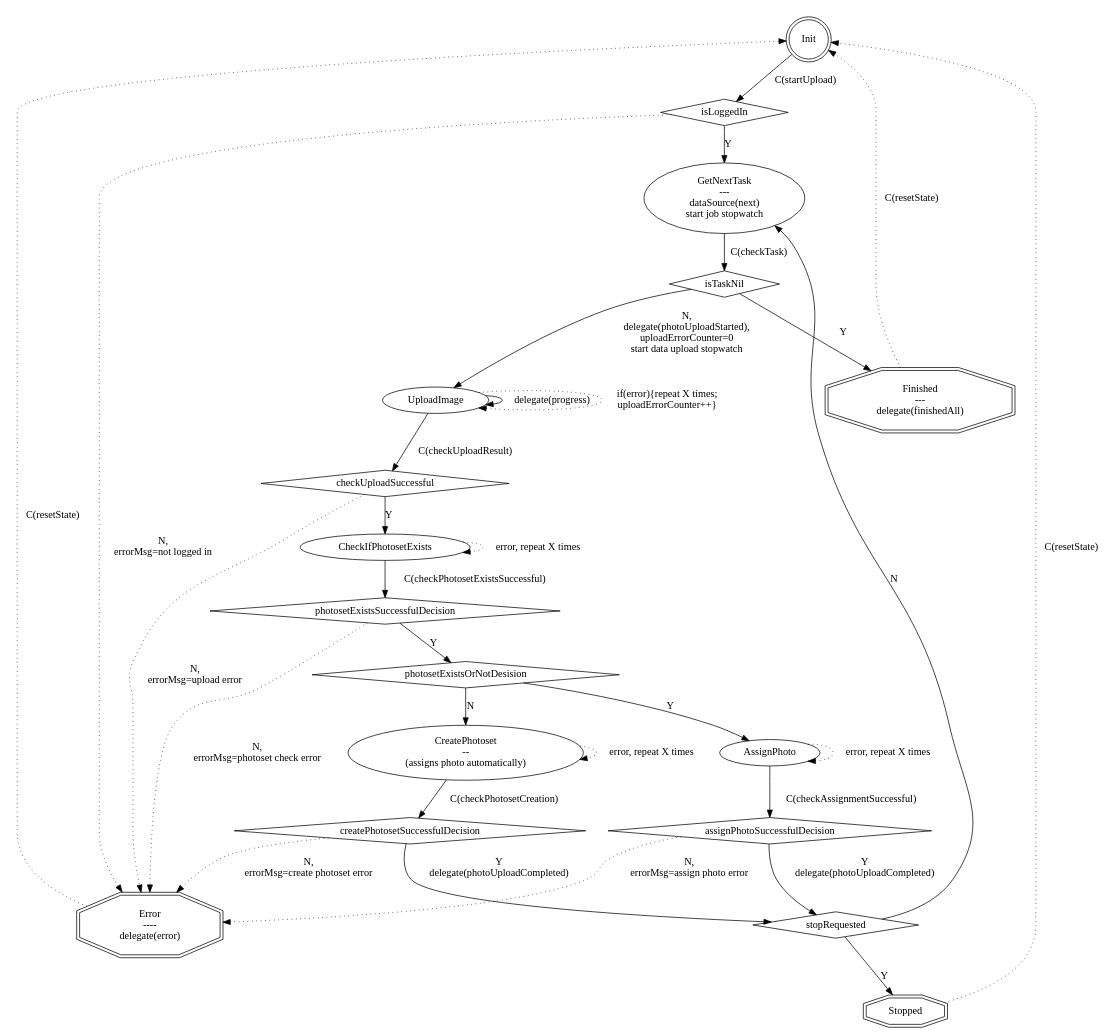
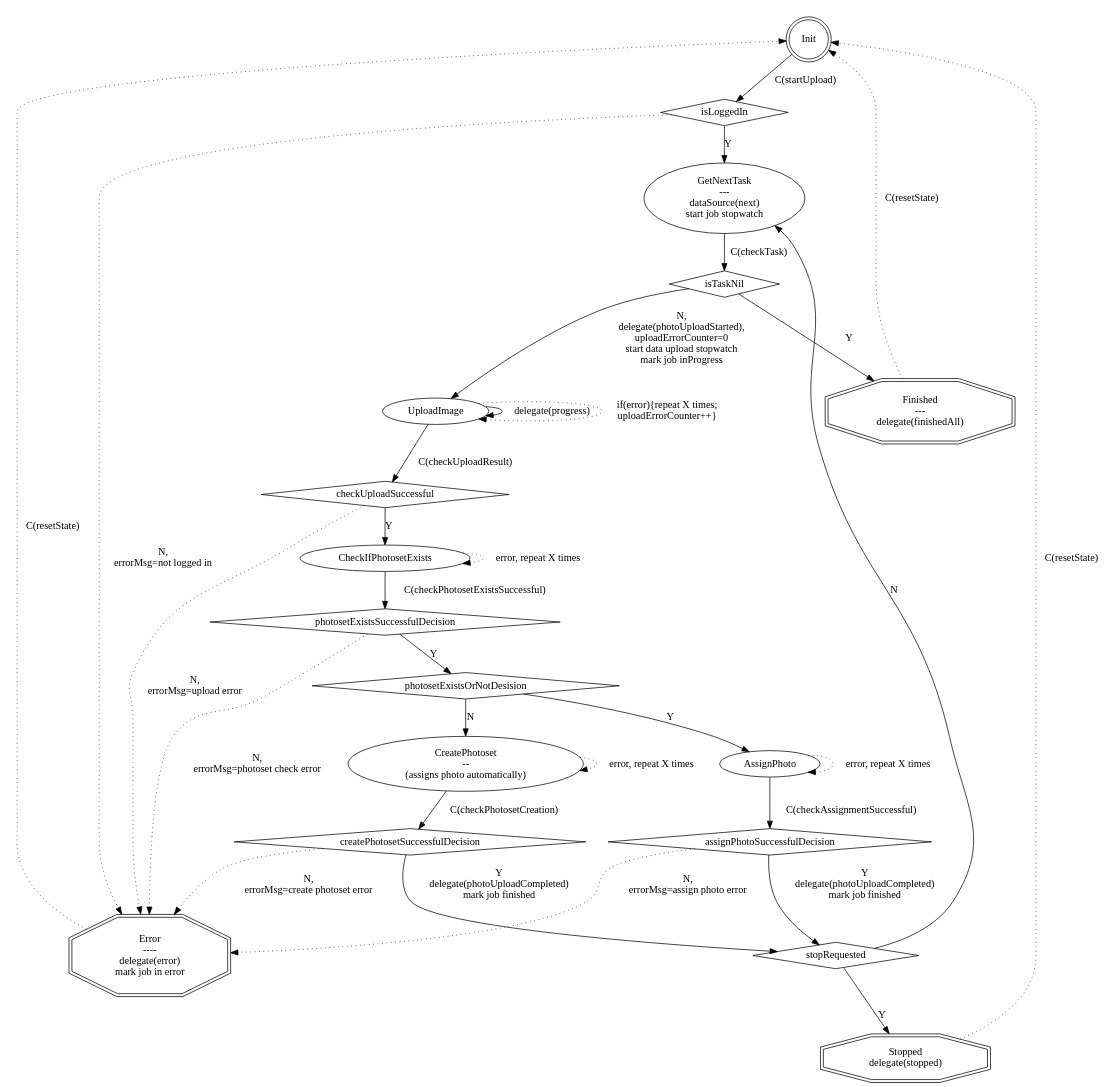
One commit to fredmajor/WDFlickrPhotoUploader changed the diagram in docs/WDFlickrPhotoUploaderFSMGraph.gv. Above: the diagram before and after it, drawn with Graphviz. The commit also changed 10 other files, not shown here.

```diff
--- a/docs/WDFlickrPhotoUploaderFSMGraph.gv
+++ b/docs/WDFlickrPhotoUploaderFSMGraph.gv
@@ -1,56 +1,56 @@
 digraph FlickrControllerLogin {
 //rankdir=LR;
 size="8";
 
 Init [shape=doublecircle];
 isLoggedIn[shape="diamond"];
 Init -> isLoggedIn[label="C(startUpload)"];
 GetNextTask[label="GetNextTask\n---\ndataSource(next)\nstart job stopwatch"];
 isLoggedIn -> GetNextTask[label="Y"];
 isLoggedIn -> Error[label="N,\nerrorMsg=not logged in",style=dotted];
 
 isTaskNil[shape=diamond];
 GetNextTask -> isTaskNil[label="C(checkTask)"];
 Finished [shape=doubleoctagon,label="Finished\n---\ndelegate(finishedAll)"];
 Finished -> Init [style=dotted, label="C(resetState)"]
-Error[shape=doubleoctagon, label="Error\n----\ndelegate(error)"]
+Error[shape=doubleoctagon, label="Error\n----\ndelegate(error)\nmark job in error"]
 Error -> Init [style=dotted, label="C(resetState)"]
 isTaskNil -> Finished[label="Y"];
-isTaskNil -> UploadImage[label="N,\ndelegate(photoUploadStarted),\nuploadErrorCounter=0\nstart data upload stopwatch"];
+isTaskNil -> UploadImage[label="N,\ndelegate(photoUploadStarted),\nuploadErrorCounter=0\nstart data upload stopwatch\nmark job inProgress"];
 
 UploadImage -> UploadImage[label="delegate(progress)"];
 UploadImage -> UploadImage[label="if(error){repeat X times;\nuploadErrorCounter++}", style=dotted];
 checkUploadSuccessful[shape="diamond"];
 UploadImage -> checkUploadSuccessful[label="C(checkUploadResult)"];
 checkUploadSuccessful -> Error[label="N,\nerrorMsg=upload error", style=dotted];
 checkUploadSuccessful -> CheckIfPhotosetExists[label="Y"];
 
 photosetExistsOrNotDesision[shape="diamond"];
 photosetExistsSuccessfulDecision[shape="diamond"];
 CheckIfPhotosetExists -> photosetExistsSuccessfulDecision[label="C(checkPhotosetExistsSuccessful)"]
 CheckIfPhotosetExists -> CheckIfPhotosetExists[label="error, repeat X times", style=dotted];
 photosetExistsSuccessfulDecision -> Error[label="N,\nerrorMsg=photoset check error", style=dotted];
 photosetExistsSuccessfulDecision -> photosetExistsOrNotDesision[label="Y"]
 CreatePhotoset[label="CreatePhotoset\n--\n(assigns photo automatically)"];
 photosetExistsOrNotDesision -> CreatePhotoset[label="N"]
 photosetExistsOrNotDesision -> AssignPhoto[label="Y"]
 
 createPhotosetSuccessfulDecision[shape="diamond"]
 CreatePhotoset -> createPhotosetSuccessfulDecision[label="C(checkPhotosetCreation)"];
 CreatePhotoset -> CreatePhotoset[label="error, repeat X times", style=dotted];
 createPhotosetSuccessfulDecision -> Error[label="N,\nerrorMsg=create photoset error", style=dotted];
 //createPhotosetSuccessfulDecision -> AssignPhoto[label="Y"]
-createPhotosetSuccessfulDecision -> stopRequested[label="Y\ndelegate(photoUploadCompleted)"]
+createPhotosetSuccessfulDecision -> stopRequested[label="Y\ndelegate(photoUploadCompleted)\nmark job finished"]
 
 assignPhotoSuccessfulDecision[shape="diamond"]
 AssignPhoto -> AssignPhoto[label="error, repeat X times", style=dotted];
 AssignPhoto -> assignPhotoSuccessfulDecision[label="C(checkAssignmentSuccessful)"]
 assignPhotoSuccessfulDecision -> Error[label="N,\nerrorMsg=assign photo error", style="dotted"]
-assignPhotoSuccessfulDecision -> stopRequested[label="Y\ndelegate(photoUploadCompleted)"]
+assignPhotoSuccessfulDecision -> stopRequested[label="Y\ndelegate(photoUploadCompleted)\nmark job finished"]
 
-Stopped[shape=doubleoctagon]
+Stopped[shape=doubleoctagon, label="Stopped\ndelegate(stopped)"]
 Stopped -> Init [style=dotted, label="C(resetState)"]
 stopRequested[shape="diamond"]
 stopRequested -> GetNextTask[label="N"]
 stopRequested -> Stopped[label="Y"]
 }
```
